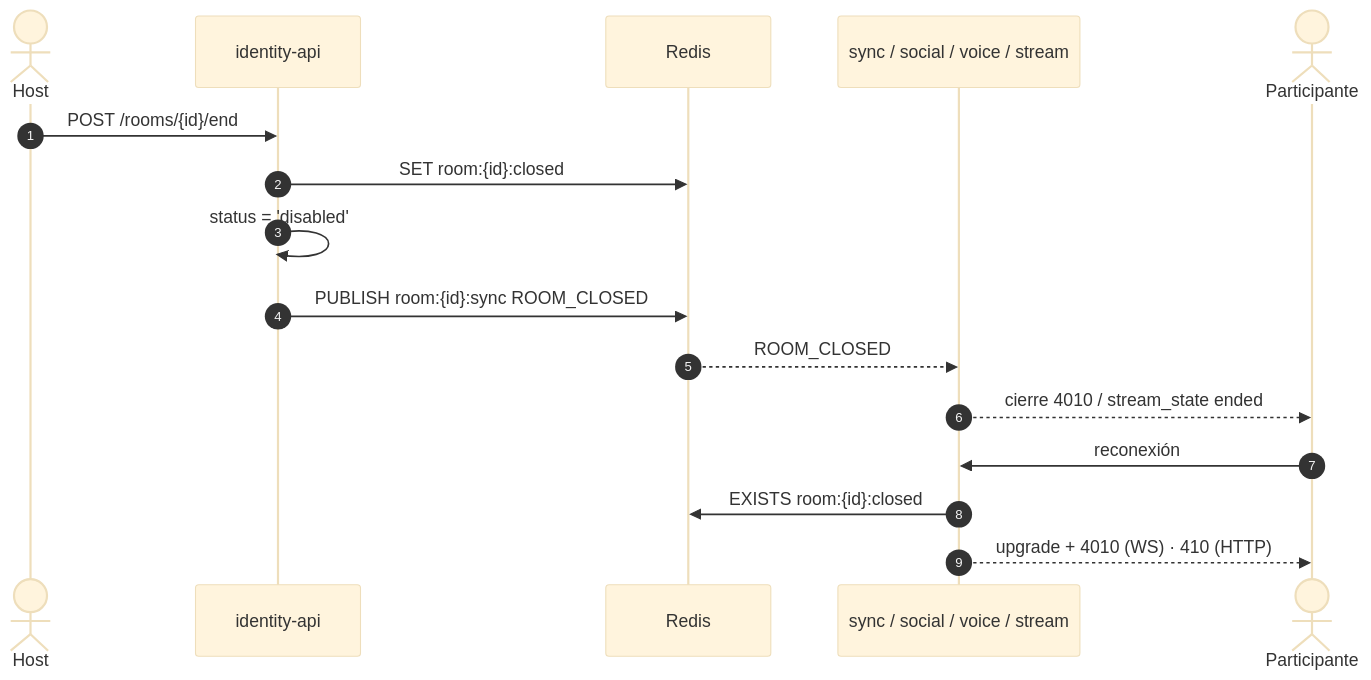
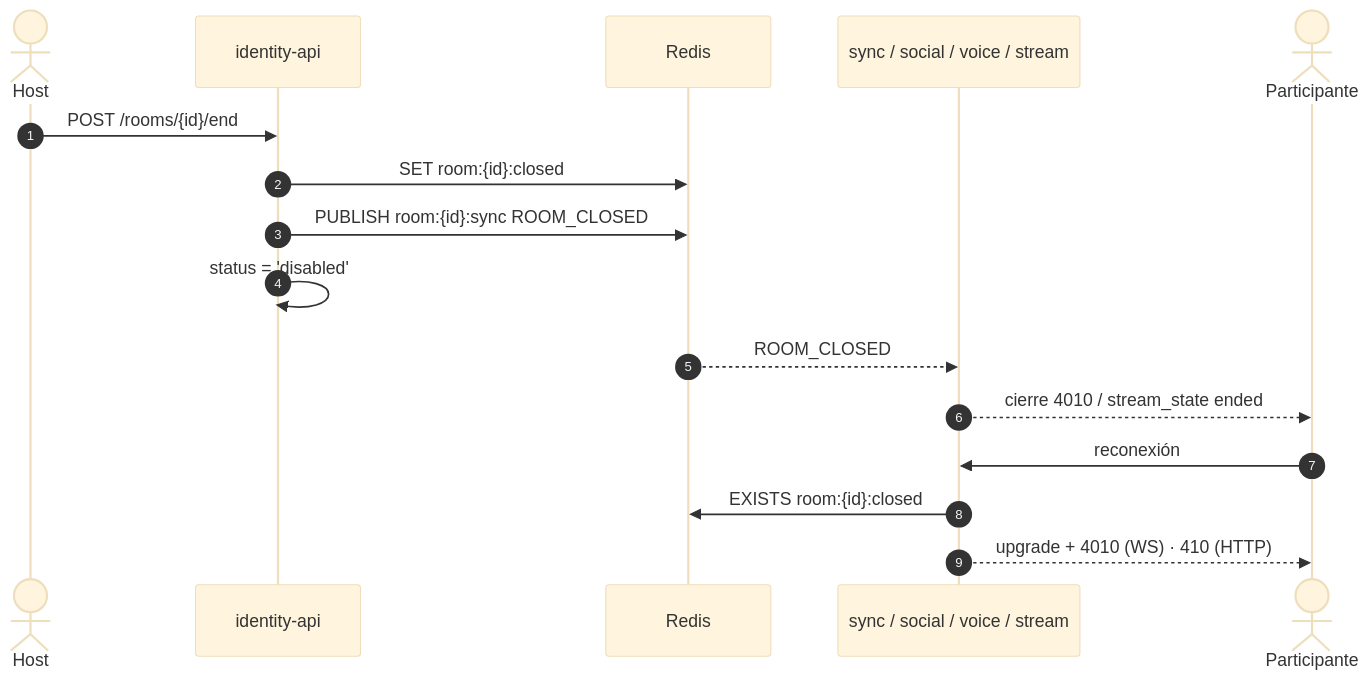
Before and after one commit to TINTOrganization/TINT: the diagram in docs/adr/0019-salas-live-y-cierre-room-closed.md, drawn with Mermaid (base theme). The commit also changed other lines of this file and 2 other files, not shown here.

````diff
--- a/docs/adr/0019-salas-live-y-cierre-room-closed.md
+++ b/docs/adr/0019-salas-live-y-cierre-room-closed.md
@@ -40,18 +43,18 @@
 ```mermaid
 sequenceDiagram
     autonumber
     actor H as Host
     participant ID as identity-api
     participant R as Redis
     participant S as sync / social / voice / stream
     actor P as Participante
     H->>ID: POST /rooms/{id}/end
     ID->>R: SET room:{id}:closed
+    ID->>R: PUBLISH room:{id}:sync ROOM_CLOSED
     ID->>ID: status = 'disabled'
-    ID->>R: PUBLISH room:{id}:sync ROOM_CLOSED
     R-->>S: ROOM_CLOSED
     S-->>P: cierre 4010 / stream_state ended
     P->>S: reconexión
     S->>R: EXISTS room:{id}:closed
     S-->>P: upgrade + 4010 (WS) · 410 (HTTP)
 ```
````
